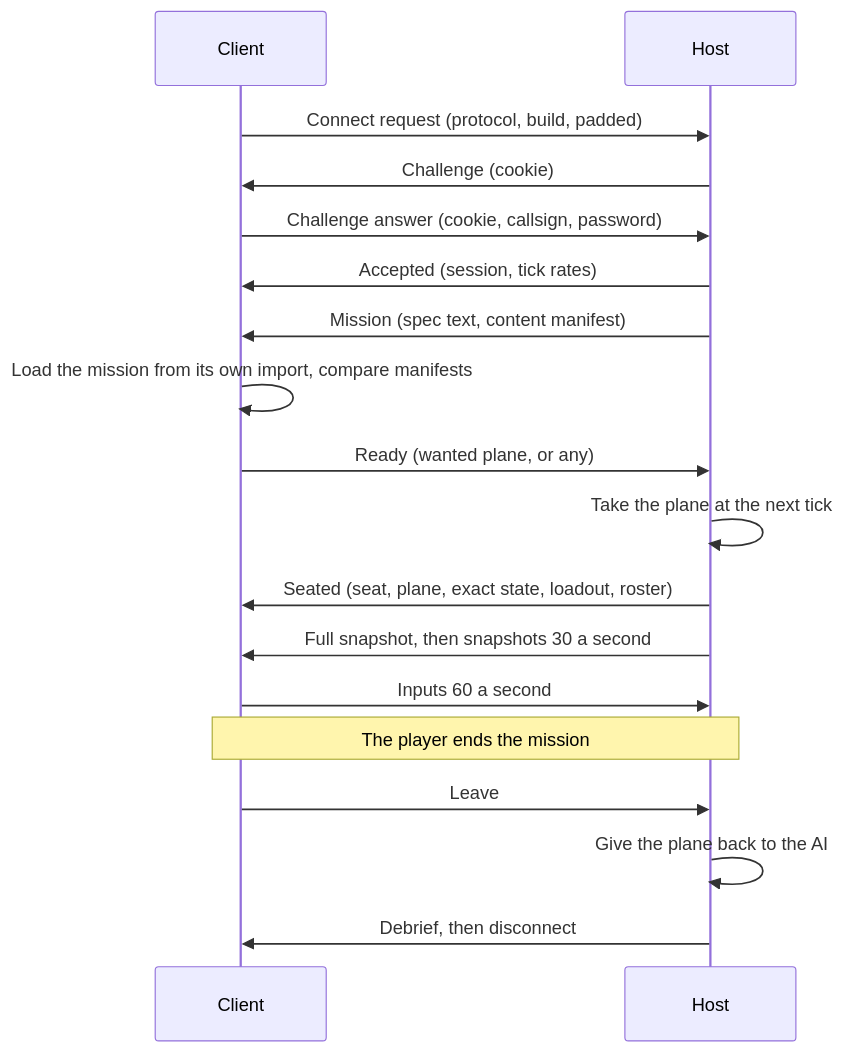
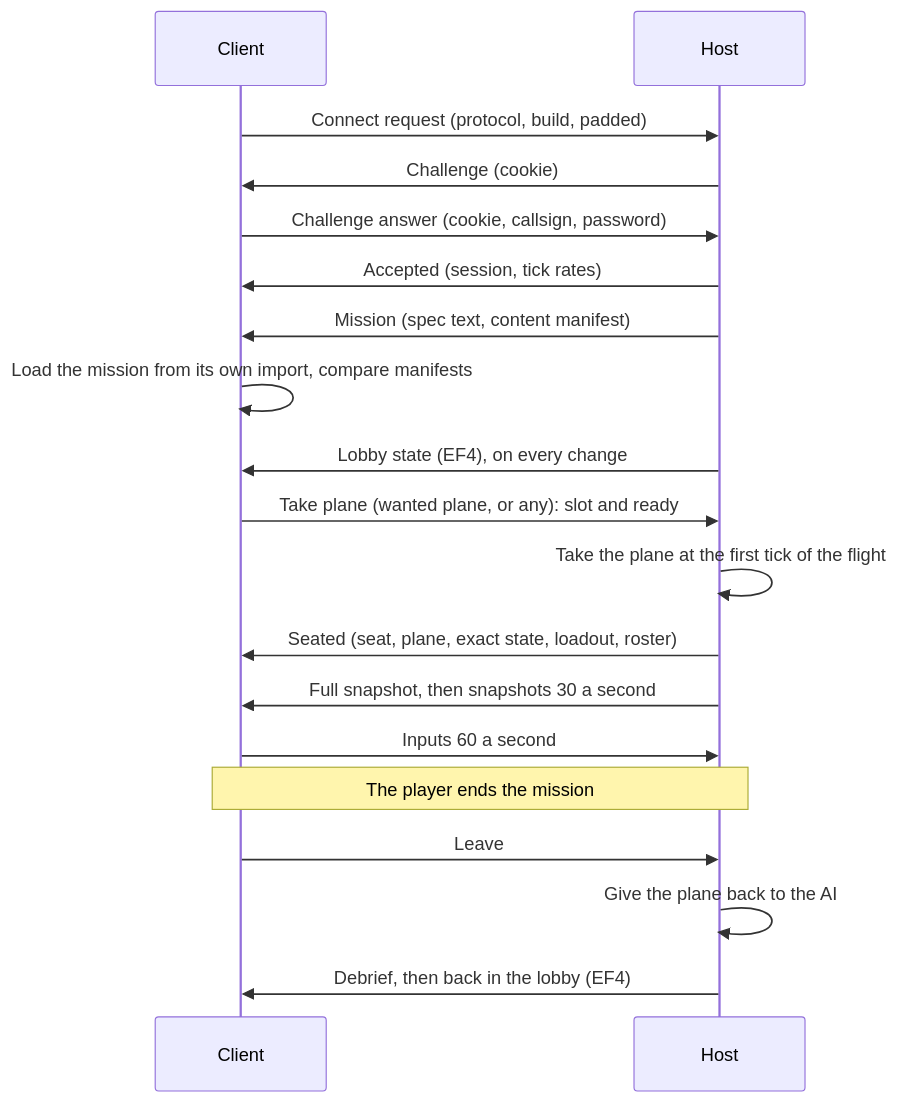
Before and after one commit to john-overton/T.O.R.E-Fighters: the seventh of 9 diagrams in docs/ARCHITECTURE.md, drawn with Mermaid. The commit also changed other lines of this file and 12 other files, not shown here.

````diff
--- a/docs/ARCHITECTURE.md
+++ b/docs/ARCHITECTURE.md
@@ -2984,20 +3000,21 @@
 ```mermaid
 sequenceDiagram
   participant C as Client
   participant H as Host
   C->>H: Connect request (protocol, build, padded)
   H->>C: Challenge (cookie)
   C->>H: Challenge answer (cookie, callsign, password)
   H->>C: Accepted (session, tick rates)
   H->>C: Mission (spec text, content manifest)
   C->>C: Load the mission from its own import, compare manifests
-  C->>H: Ready (wanted plane, or any)
-  H->>H: Take the plane at the next tick
+  H->>C: Lobby state (EF4), on every change
+  C->>H: Take plane (wanted plane, or any): slot and ready
+  H->>H: Take the plane at the first tick of the flight
   H->>C: Seated (seat, plane, exact state, loadout, roster)
   H->>C: Full snapshot, then snapshots 30 a second
   C->>H: Inputs 60 a second
   Note over C,H: The player ends the mission
   C->>H: Leave
   H->>H: Give the plane back to the AI
-  H->>C: Debrief, then disconnect
+  H->>C: Debrief, then back in the lobby (EF4)
 ```
````
